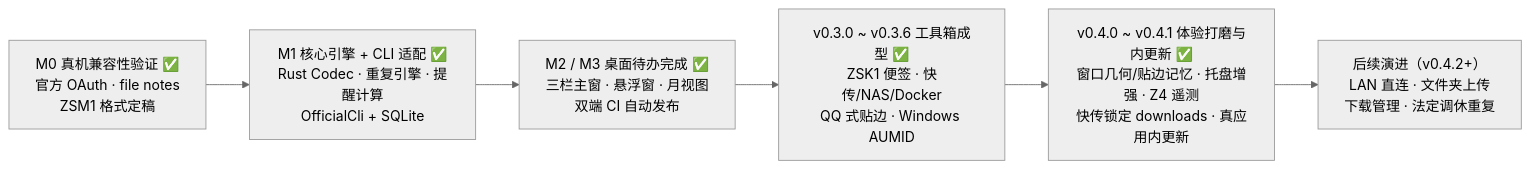
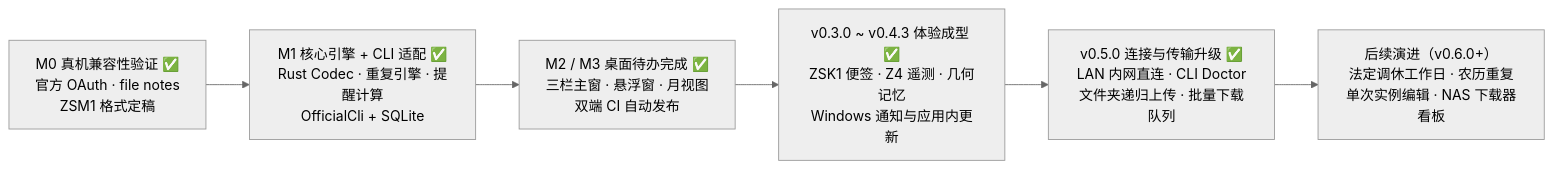
The second of 2 diagrams in docs/DESIGN.md (garyhj/ZSpaceMemo), drawn with Mermaid (neutral theme) before and after one commit. The commit also changed other lines of this file and 17 other files, not shown here.

Commit message:
feat: release v0.5.0 with LAN direct connect, CLI doctor, recursive folder upload, and batch transfer queue

````diff
--- a/docs/DESIGN.md
+++ b/docs/DESIGN.md
@@ -160,8 +162,8 @@
 ```mermaid
 flowchart LR
   M0["M0 真机兼容性验证 ✅<br/>官方 OAuth · file notes<br/>ZSM1 格式定稿"] --> M1["M1 核心引擎 + CLI 适配 ✅<br/>Rust Codec · 重复引擎 · 提醒计算<br/>OfficialCli + SQLite"]
   M1 --> M2["M2 / M3 桌面待办完成 ✅<br/>三栏主窗 · 悬浮窗 · 月视图<br/>双端 CI 自动发布"]
-  M2 --> V030["v0.3.0 ~ v0.3.6 工具箱成型 ✅<br/>ZSK1 便签 · 快传/NAS/Docker<br/>QQ 式贴边 · Windows AUMID"]
-  V030 --> V040["v0.4.0 ~ v0.4.1 体验打磨与内更新 ✅<br/>窗口几何/贴边记忆 · 托盘增强 · Z4 遥测<br/>快传锁定 downloads · 真应用内更新"]
-  V040 --> NEXT["后续演进（v0.4.2+）<br/>LAN 直连 · 文件夹上传<br/>下载管理 · 法定调休重复"]
+  M2 --> V030["v0.3.0 ~ v0.4.3 体验成型 ✅<br/>ZSK1 便签 · Z4 遥测 · 几何记忆<br/>Windows 通知与应用内更新"]
+  V030 --> V050["v0.5.0 连接与传输升级 ✅<br/>LAN 内网直连 · CLI Doctor<br/>文件夹递归上传 · 批量下载队列"]
+  V050 --> NEXT["后续演进（v0.6.0+）<br/>法定调休工作日 · 农历重复<br/>单次实例编辑 · NAS 下载器看板"]
 ```
````
